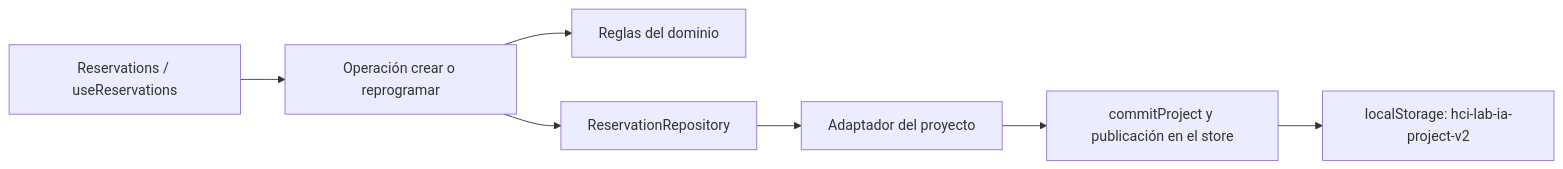
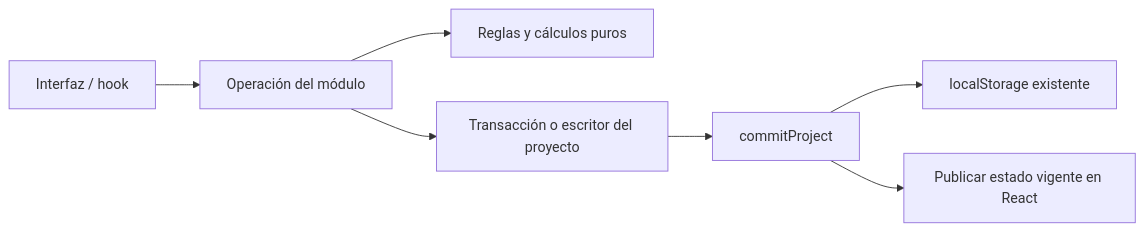
Before and after one commit to mauricioramirezv/hci-lab-ia: the diagram in docs/arquitectura.md, drawn with Mermaid. The commit also changed other lines of this file and 272 other files, not shown here.

````diff
--- a/docs/arquitectura.md
+++ b/docs/arquitectura.md
@@ -45,9 +48,9 @@
 ```mermaid
 flowchart LR
-    UI[Reservations / useReservations] --> OP[Operación crear o reprogramar]
-    OP --> RULES[Reglas del dominio]
-    OP --> PORT[ReservationRepository]
-    PORT --> ADAPTER[Adaptador del proyecto]
-    ADAPTER --> STORE[commitProject y publicación en el store]
-    STORE --> STORAGE[localStorage: hci-lab-ia-project-v2]
+    UI[Interfaz / hook] --> OP[Operación del módulo]
+    OP --> RULES[Reglas y cálculos puros]
+    OP --> PORT[Transacción o escritor del proyecto]
+    PORT --> SAVE[commitProject]
+    SAVE --> STORAGE[localStorage existente]
+    SAVE --> VIEW[Publicar estado vigente en React]
 ```
````
